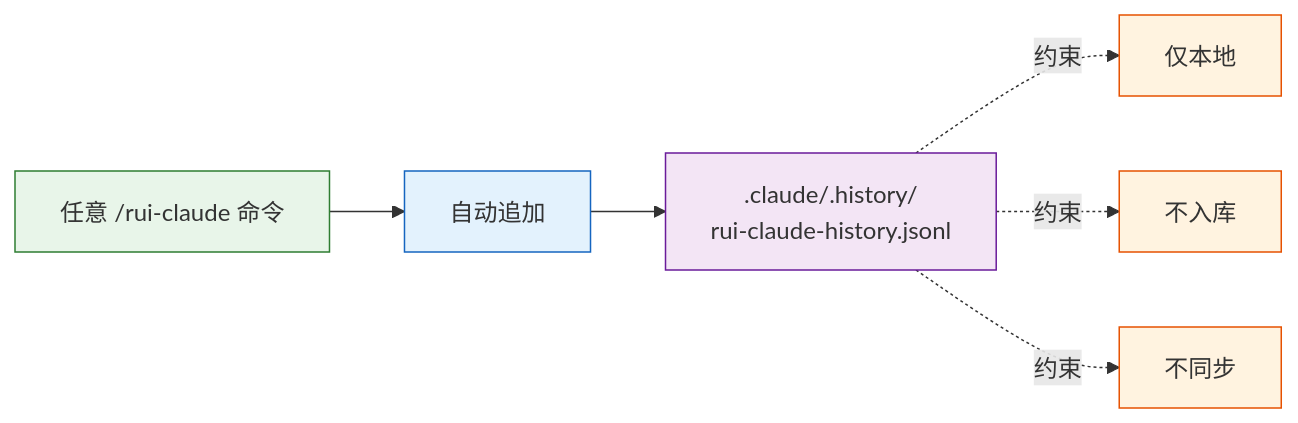
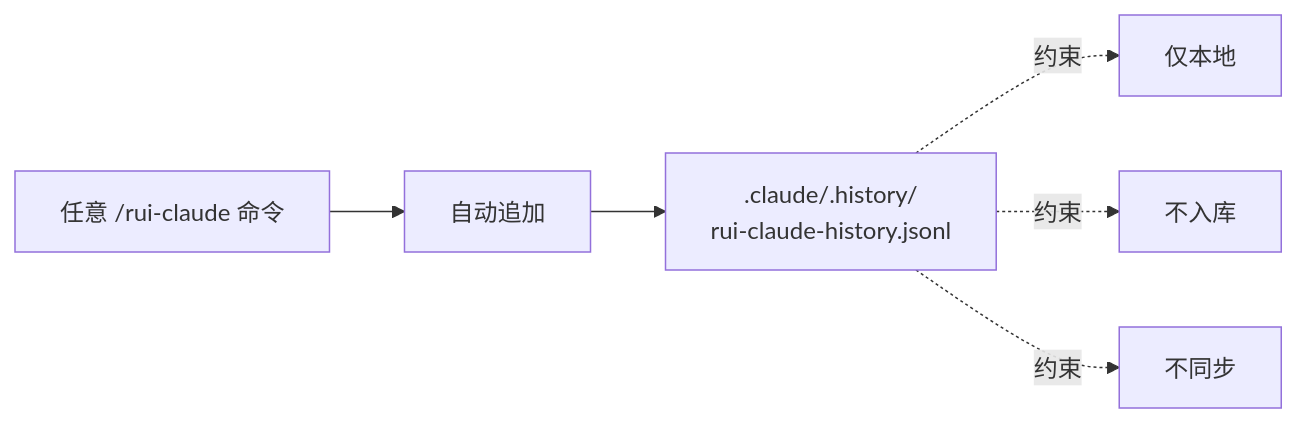
One commit to effiy/YrY changed the fifth of 8 diagrams in rules/rui-claude.md. Above: the diagram before and after it, drawn with Mermaid. The commit also changed other lines of this file and 61 other files, not shown here.

````diff
--- a/rules/rui-claude.md
+++ b/rules/rui-claude.md
@@ -122,13 +106,9 @@
 ```mermaid
 flowchart LR
     CMD["任意 /rui-claude 命令"]:::src --> AUTO["自动追加"]:::op
     AUTO --> FILE[".claude/.history/<br/>rui-claude-history.jsonl"]:::file
     FILE -.->|"约束"| C1["仅本地"]:::rule
     FILE -.->|"约束"| C2["不入库"]:::rule
     FILE -.->|"约束"| C3["不同步"]:::rule
 
-    classDef src fill:#e8f5e9,stroke:#2e7d32;
-    classDef op fill:#e3f2fd,stroke:#1565c0;
-    classDef file fill:#f3e5f5,stroke:#6a1b9a;
-    classDef rule fill:#fff3e0,stroke:#e65100;
 ```
````
